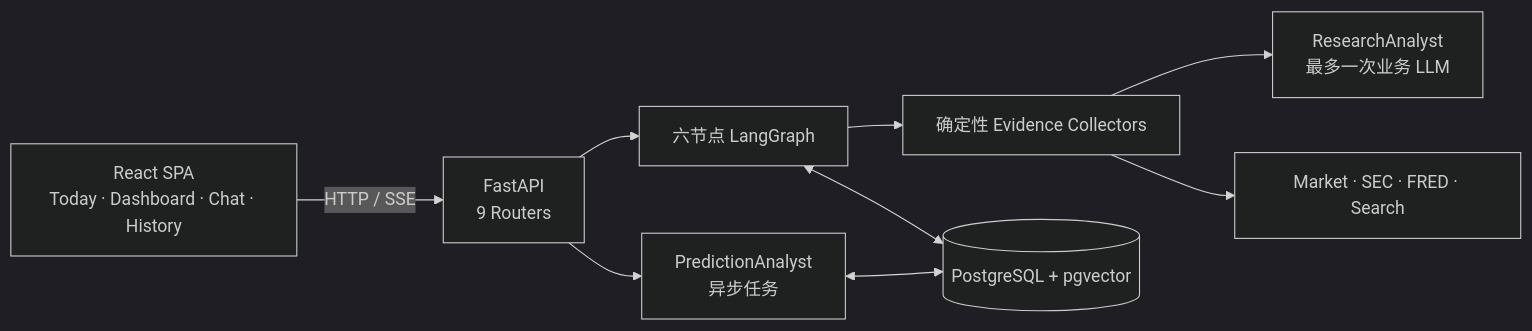
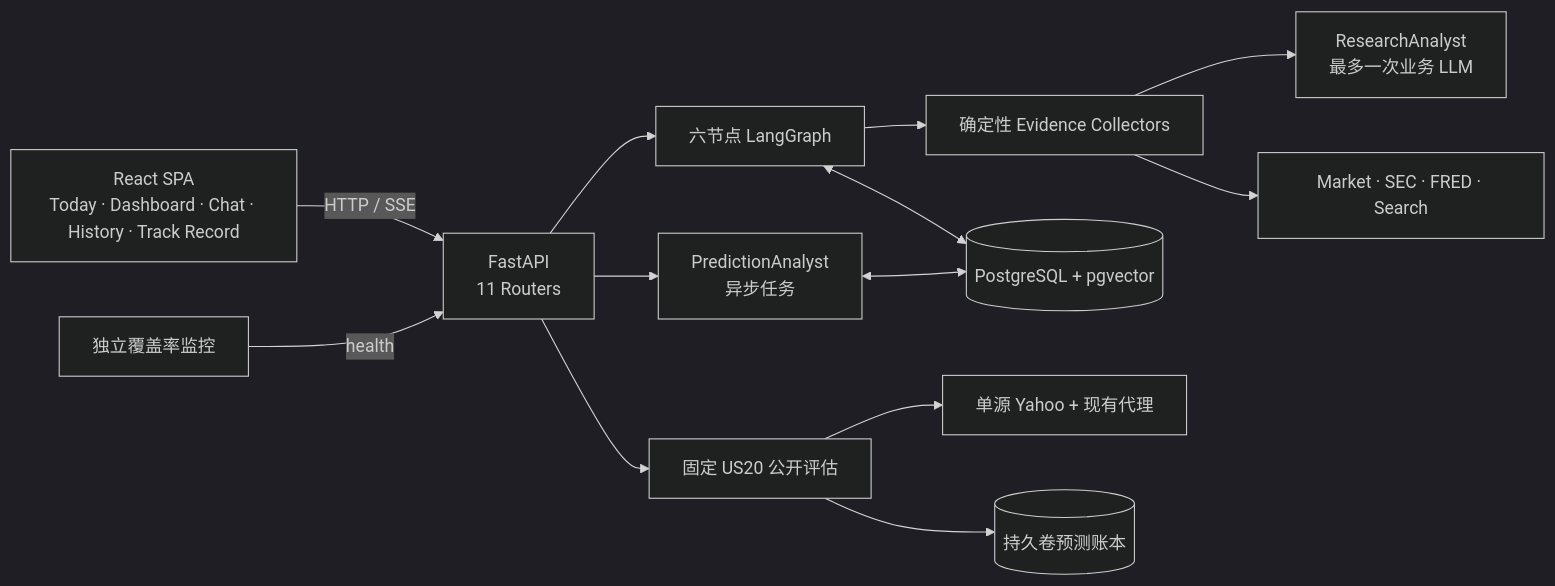
One commit to kkkano/FinSight changed the diagram in README.md. Above: the diagram before and after it, drawn with Mermaid (dark theme). The commit also changed other lines of this file and 6 other files, not shown here.

````diff
--- a/README.md
+++ b/README.md
@@ -52,11 +54,15 @@
 ```mermaid
 flowchart LR
-    UI[React SPA\nToday · Dashboard · Chat · History] -->|HTTP / SSE| API[FastAPI\n9 Routers]
+    UI[React SPA\nToday · Dashboard · Chat · History · Track Record] -->|HTTP / SSE| API[FastAPI\n11 Routers]
     API --> GRAPH[六节点 LangGraph]
     GRAPH --> COLLECT[确定性 Evidence Collectors]
     COLLECT --> ANALYST[ResearchAnalyst\n最多一次业务 LLM]
     API --> PRED[PredictionAnalyst\n异步任务]
     COLLECT --> PROVIDERS[Market · SEC · FRED · Search]
     GRAPH <--> PG[(PostgreSQL + pgvector)]
     PRED <--> PG
+    API --> BENCH[固定 US20 公开评估]
+    BENCH --> YAHOO[单源 Yahoo + 现有代理]
+    BENCH --> LEDGER[(持久卷预测账本)]
+    WATCH[独立覆盖率监控] -->|health| API
 ```
````
